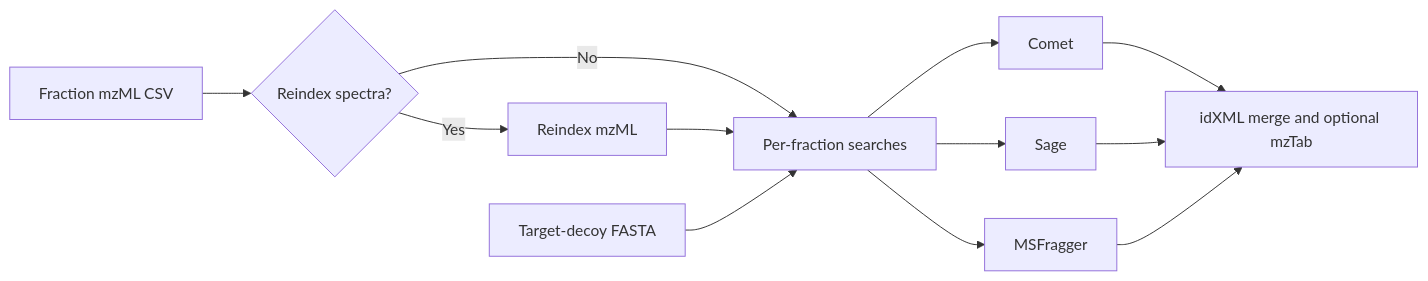
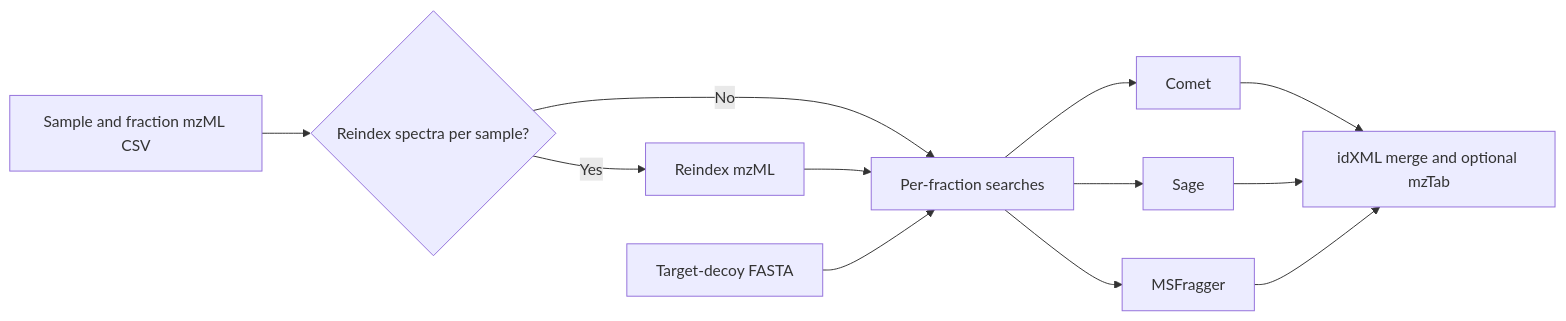
One commit to TheBoutrosLab/pipeline-search-ProteomicMSMS changed the diagram in README.md. Above: the diagram before and after it, drawn with Mermaid. The commit also changed other lines of this file and 27 other files, not shown here.

````diff
--- a/README.md
+++ b/README.md
@@ -46,14 +44,14 @@
 ```mermaid
 flowchart LR
-  CSV[Fraction mzML CSV] --> R{Reindex spectra?}
+  CSV[Sample and fraction mzML CSV] --> R{Reindex spectra per sample?}
   R -->|Yes| I[Reindex mzML]
   R -->|No| S[Per-fraction searches]
   I --> S
   DB[Target-decoy FASTA] --> S
   S --> C[Comet]
   S --> G[Sage]
   S --> M[MSFragger]
   C --> O[idXML merge and optional mzTab]
   G --> O
   M --> O
 ```
````
